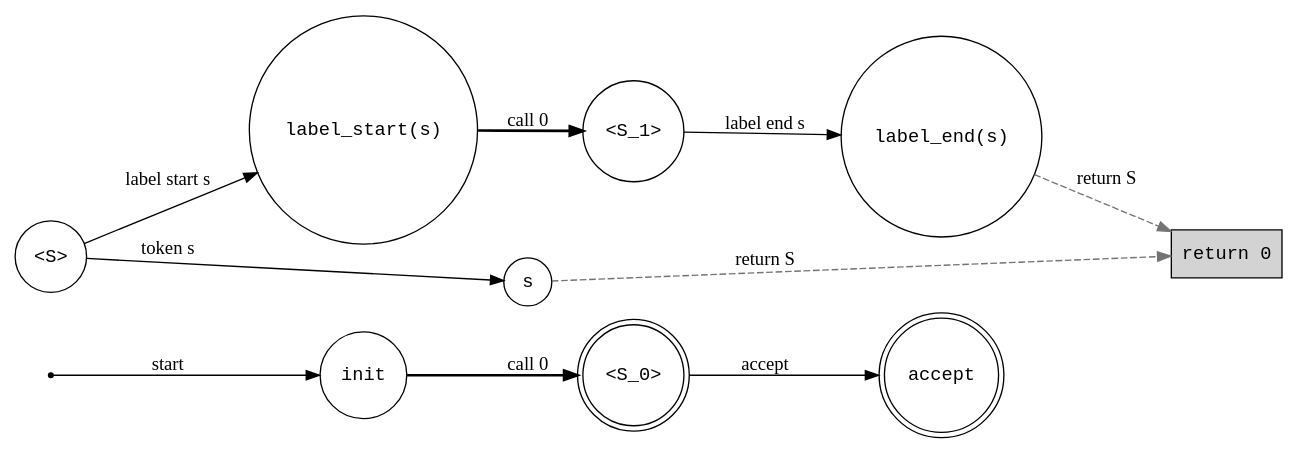
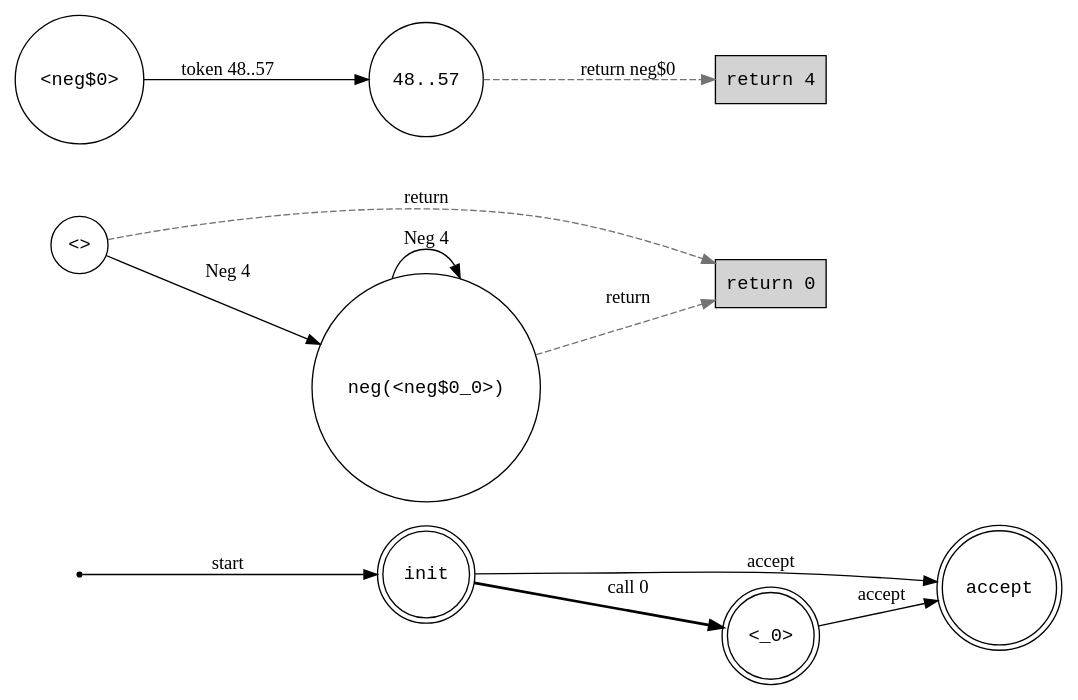
The diagram in state-machine.dot (water-mizuu/glush_dart), drawn with Graphviz before and after one commit. The commit also changed 11 other files, not shown here.

```diff
--- a/state-machine.dot
+++ b/state-machine.dot
@@ -1,23 +1,24 @@
 digraph StateMachine {
   rankdir=LR;
   node [fontname="Courier"];
   "__start__" [shape=point, label=""];
   "__accept__" [shape=doublecircle, label="accept"];
   "__return_0__" [shape=box, label="return 0", style=filled, fillcolor=lightgray];
-  "S0" [shape=circle, label="init"];
-  "S1" [shape=doublecircle, label="<S_0>"];
-  "S2" [shape=circle, label="<S>"];
-  "S3" [shape=circle, label="label_start(s)"];
-  "S4" [shape=circle, label="s"];
-  "S5" [shape=circle, label="<S_1>"];
-  "S6" [shape=circle, label="label_end(s)"];
+  "__return_4__" [shape=box, label="return 4", style=filled, fillcolor=lightgray];
+  "S0" [shape=doublecircle, label="init"];
+  "S1" [shape=doublecircle, label="<_0>"];
+  "S2" [shape=circle, label="<>"];
+  "S3" [shape=circle, label="neg(<neg$0_0>)"];
+  "S4" [shape=circle, label="<neg$0>"];
+  "S5" [shape=circle, label="48..57"];
   "__start__" -> "S0" [label="start"];
   "S0" -> "S1" [label="call 0", style=bold];
+  "S0" -> "__accept__" [label="accept"];
   "S1" -> "__accept__" [label="accept"];
-  "S2" -> "S3" [label="label start s"];
-  "S2" -> "S4" [label="token s"];
-  "S3" -> "S5" [label="call 0", style=bold];
-  "S4" -> "__return_0__" [label="return S", style=dashed, color=gray45];
-  "S5" -> "S6" [label="label end s"];
-  "S6" -> "__return_0__" [label="return S", style=dashed, color=gray45];
+  "S2" -> "S3" [label="Neg 4"];
+  "S2" -> "__return_0__" [label="return ", style=dashed, color=gray45];
+  "S3" -> "S3" [label="Neg 4"];
+  "S3" -> "__return_0__" [label="return ", style=dashed, color=gray45];
+  "S4" -> "S5" [label="token 48..57"];
+  "S5" -> "__return_4__" [label="return neg$0", style=dashed, color=gray45];
 }
```
